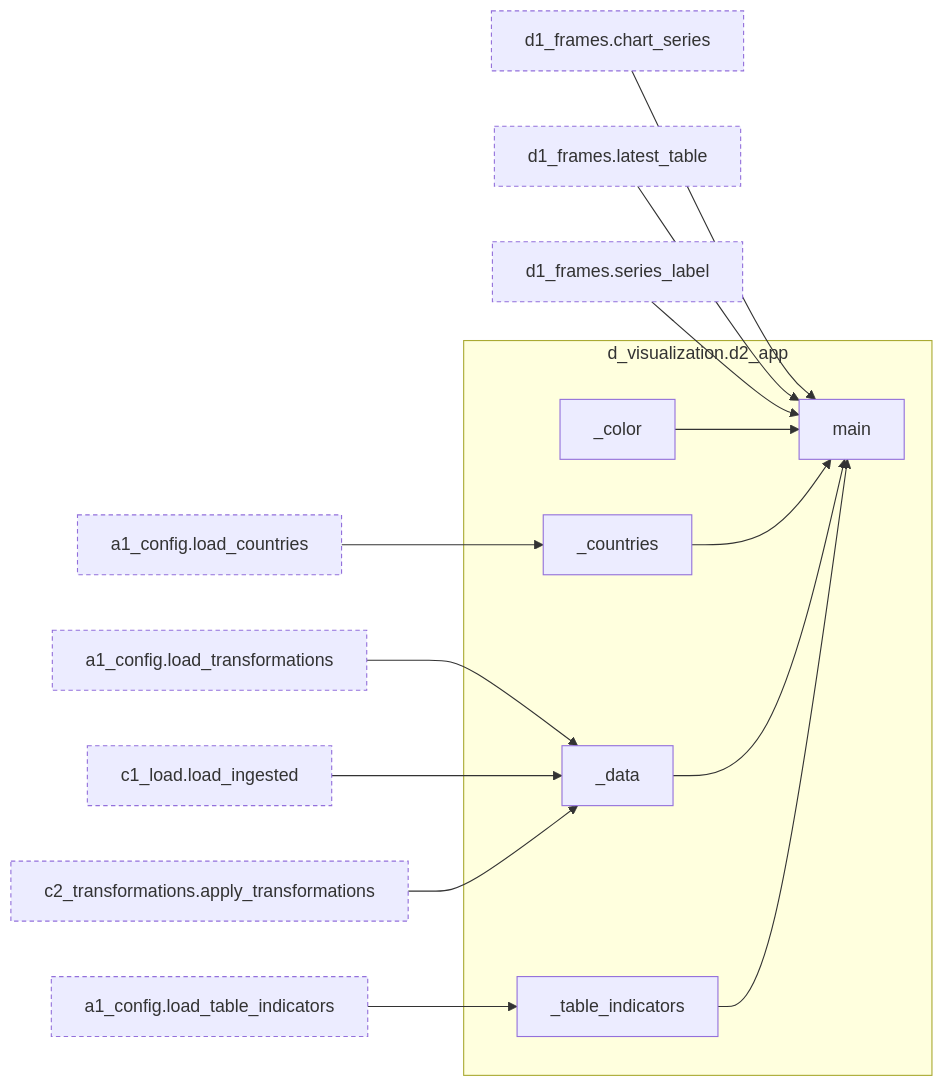
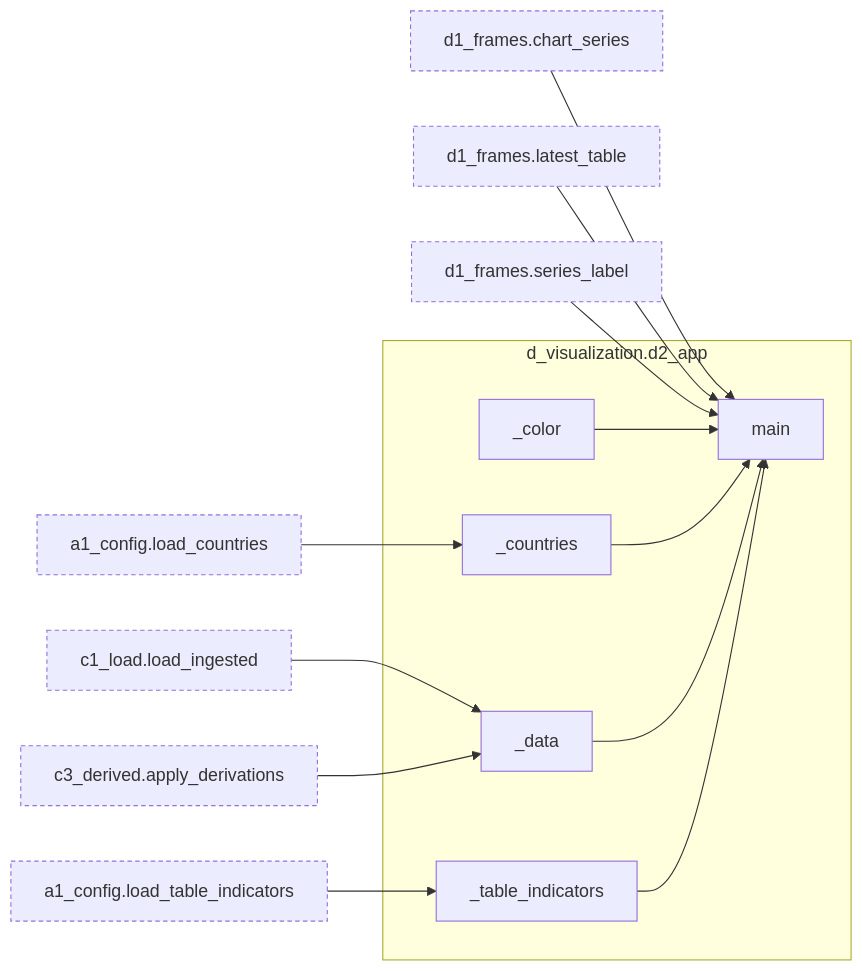
One commit to bsawyerg15/MacroScan changed diagram 16 of 16 in docs/architecture.md. Above: the diagram before and after it, drawn with Mermaid. The commit also changed other lines of this file and 9 other files, not shown here.

````diff
--- a/docs/architecture.md
+++ b/docs/architecture.md
@@ -1040,44 +1199,41 @@
 ```mermaid
 flowchart LR
   subgraph this["d_visualization.d2_app"]
     n_d_visualization_d2_app__color["_color"]
     n_d_visualization_d2_app__countries["_countries"]
     n_d_visualization_d2_app__data["_data"]
     n_d_visualization_d2_app__table_indicators["_table_indicators"]
     n_d_visualization_d2_app_main["main"]
   end
   n_a_core_a1_config_load_countries["a1_config.load_countries"]:::ext
   n_a_core_a1_config_load_table_indicators["a1_config.load_table_indicators"]:::ext
-  n_a_core_a1_config_load_transformations["a1_config.load_transformations"]:::ext
   n_c_transform_c1_load_load_ingested["c1_load.load_ingested"]:::ext
-  n_c_transform_c2_transformations_apply_transformations["c2_transformations.apply_transformations"]:::ext
+  n_c_transform_c3_derived_apply_derivations["c3_derived.apply_derivations"]:::ext
   n_d_visualization_d1_frames_chart_series["d1_frames.chart_series"]:::ext
   n_d_visualization_d1_frames_latest_table["d1_frames.latest_table"]:::ext
   n_d_visualization_d1_frames_series_label["d1_frames.series_label"]:::ext
   n_a_core_a1_config_load_countries --> n_d_visualization_d2_app__countries
-  n_a_core_a1_config_load_transformations --> n_d_visualization_d2_app__data
   n_c_transform_c1_load_load_ingested --> n_d_visualization_d2_app__data
-  n_c_transform_c2_transformations_apply_transformations --> n_d_visualization_d2_app__data
+  n_c_transform_c3_derived_apply_derivations --> n_d_visualization_d2_app__data
   n_a_core_a1_config_load_table_indicators --> n_d_visualization_d2_app__table_indicators
   n_d_visualization_d1_frames_chart_series --> n_d_visualization_d2_app_main
   n_d_visualization_d1_frames_latest_table --> n_d_visualization_d2_app_main
   n_d_visualization_d1_frames_series_label --> n_d_visualization_d2_app_main
   n_d_visualization_d2_app__color --> n_d_visualization_d2_app_main
   n_d_visualization_d2_app__countries --> n_d_visualization_d2_app_main
   n_d_visualization_d2_app__data --> n_d_visualization_d2_app_main
   n_d_visualization_d2_app__table_indicators --> n_d_visualization_d2_app_main
   click n_a_core_a1_config_load_countries href "#fn-a_core-a1_config-load_countries"
   click n_a_core_a1_config_load_table_indicators href "#fn-a_core-a1_config-load_table_indicators"
-  click n_a_core_a1_config_load_transformations href "#fn-a_core-a1_config-load_transformations"
   click n_c_transform_c1_load_load_ingested href "#fn-c_transform-c1_load-load_ingested"
-  click n_c_transform_c2_transformations_apply_transformations href "#fn-c_transform-c2_transformations-apply_transformations"
+  click n_c_transform_c3_derived_apply_derivations href "#fn-c_transform-c3_derived-apply_derivations"
   click n_d_visualization_d1_frames_chart_series href "#fn-d_visualization-d1_frames-chart_series"
   click n_d_visualization_d1_frames_latest_table href "#fn-d_visualization-d1_frames-latest_table"
   click n_d_visualization_d1_frames_series_label href "#fn-d_visualization-d1_frames-series_label"
   click n_d_visualization_d2_app__color href "#fn-d_visualization-d2_app-_color"
   click n_d_visualization_d2_app__countries href "#fn-d_visualization-d2_app-_countries"
   click n_d_visualization_d2_app__data href "#fn-d_visualization-d2_app-_data"
   click n_d_visualization_d2_app__table_indicators href "#fn-d_visualization-d2_app-_table_indicators"
   click n_d_visualization_d2_app_main href "#fn-d_visualization-d2_app-main"
   classDef ext stroke-dasharray: 4 3
 ```
````
